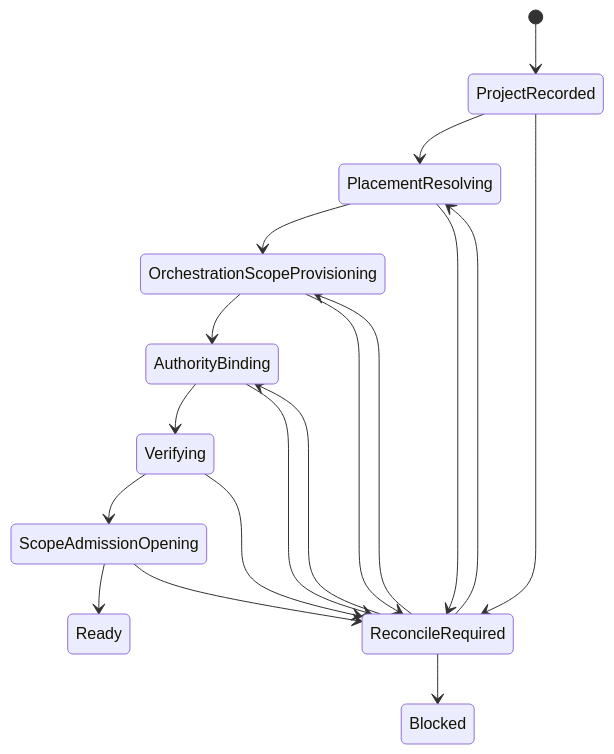
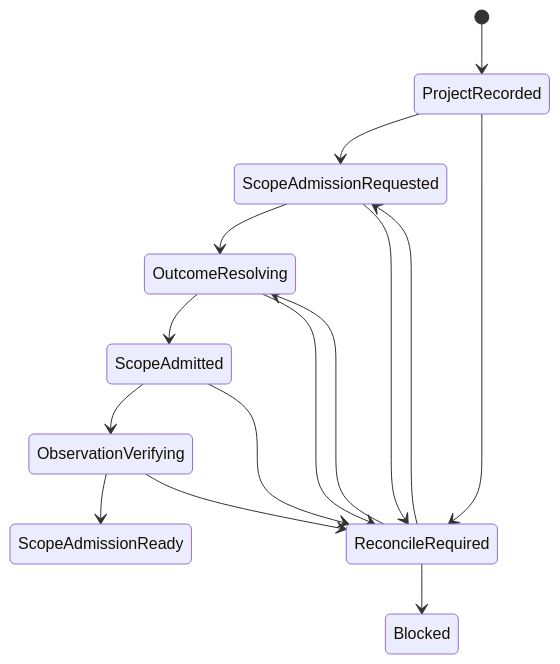
One commit to agent-teams-ai/agent-teams-platform changed the first of 2 diagrams in docs/architecture/platform-orchestrator-review/06-project-provisioning-binding-state-machine.md. Above: the diagram before and after it, drawn with Mermaid. The commit also changed other lines of this file and 14 other files, not shown here.

````diff
--- a/docs/architecture/platform-orchestrator-review/06-project-provisioning-binding-state-machine.md
+++ b/docs/architecture/platform-orchestrator-review/06-project-provisioning-binding-state-machine.md
@@ -36,20 +36,17 @@
 ```mermaid
 stateDiagram-v2
     [*] --> ProjectRecorded
-    ProjectRecorded --> PlacementResolving
-    PlacementResolving --> OrchestrationScopeProvisioning
-    OrchestrationScopeProvisioning --> AuthorityBinding
-    AuthorityBinding --> Verifying
-    Verifying --> ScopeAdmissionOpening
-    ScopeAdmissionOpening --> Ready
+    ProjectRecorded --> ScopeAdmissionRequested
+    ScopeAdmissionRequested --> OutcomeResolving
+    OutcomeResolving --> ScopeAdmitted
+    ScopeAdmitted --> ObservationVerifying
+    ObservationVerifying --> ScopeAdmissionReady
     ProjectRecorded --> ReconcileRequired
-    PlacementResolving --> ReconcileRequired
-    OrchestrationScopeProvisioning --> ReconcileRequired
-    AuthorityBinding --> ReconcileRequired
-    Verifying --> ReconcileRequired
-    ScopeAdmissionOpening --> ReconcileRequired
-    ReconcileRequired --> PlacementResolving
-    ReconcileRequired --> OrchestrationScopeProvisioning
-    ReconcileRequired --> AuthorityBinding
+    ScopeAdmissionRequested --> ReconcileRequired
+    OutcomeResolving --> ReconcileRequired
+    ScopeAdmitted --> ReconcileRequired
+    ObservationVerifying --> ReconcileRequired
+    ReconcileRequired --> OutcomeResolving
+    ReconcileRequired --> ScopeAdmissionRequested
     ReconcileRequired --> Blocked
 ```
````
